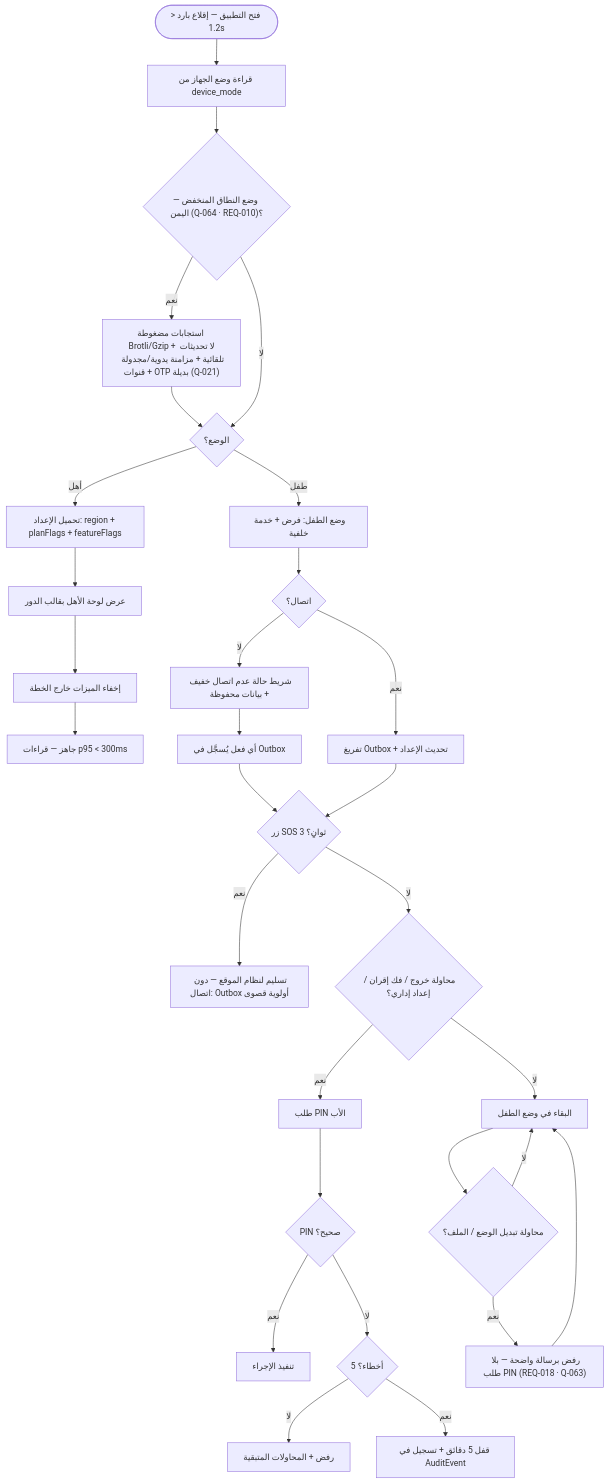
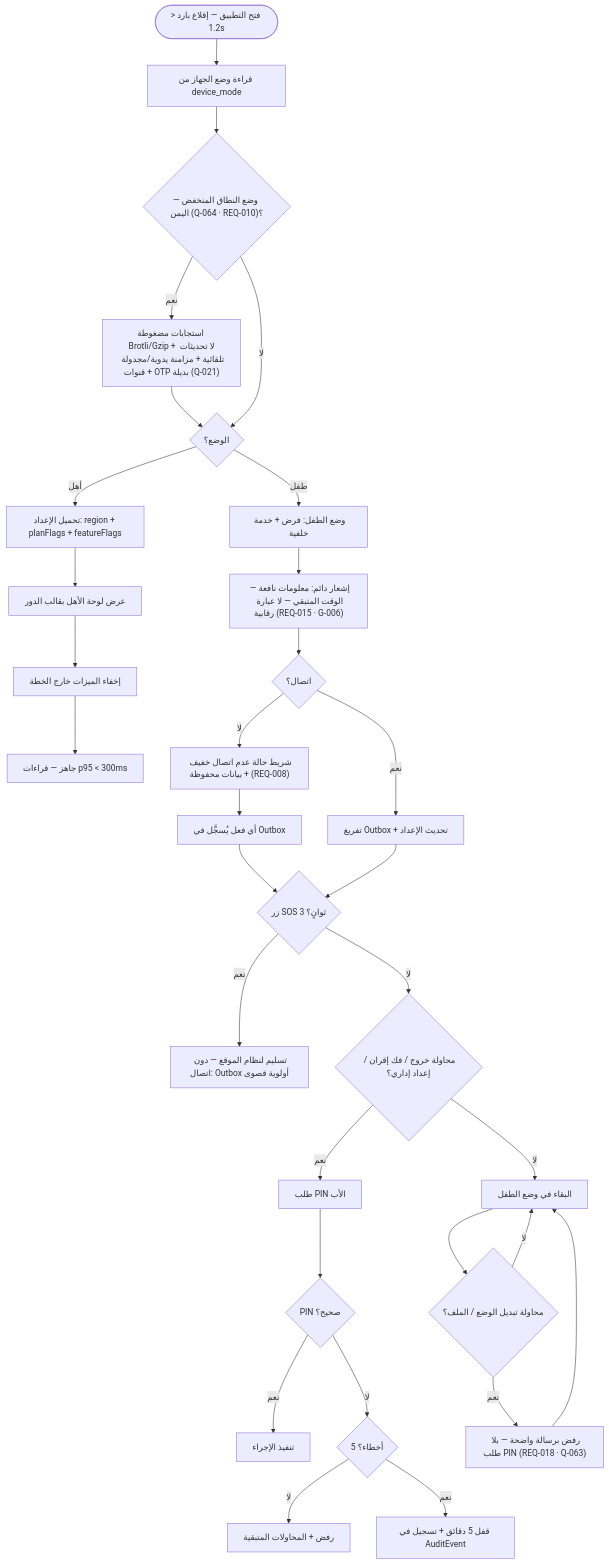
One commit to Bassam-mohammed-alqaeadi/family-os-v2 changed diagram 11 of 13 in docs/family-os/governance/phases/phase-1/S1-01-app-shell-and-platform/DIAGRAMS.md. Above: the diagram before and after it, drawn with Mermaid. The commit also changed other lines of this file and 10 other files, not shown here.

Commit message:
إغلاق المراجعة الشاملة R1–R5 (Q-196…Q-231) — المخططات DIAGRAMS + خريطة السياق (2/4)

````diff
--- a/docs/family-os/governance/phases/phase-1/S1-01-app-shell-and-platform/DIAGRAMS.md
+++ b/docs/family-os/governance/phases/phase-1/S1-01-app-shell-and-platform/DIAGRAMS.md
@@ -262,32 +319,33 @@
 ```mermaid
 flowchart TD
     Start([فتح التطبيق — إقلاع بارد < 1.2s]) --> Read[قراءة وضع الجهاز من device_mode]
     Read --> LowBW{"وضع النطاق المنخفض — اليمن (Q-064 · REQ-010)؟"}
     LowBW -->|نعم| Compress["استجابات مضغوطة Brotli/Gzip + لا تحديثات تلقائية + مزامنة يدوية/مجدولة + قنوات OTP بديلة (Q-021)"]
     Compress --> Mode{الوضع؟}
     LowBW -->|لا| Mode
     Mode -->|أهل| Config[تحميل الإعداد: region + planFlags + featureFlags]
     Config --> Render[عرض لوحة الأهل بقالب الدور]
     Render --> Hide[إخفاء الميزات خارج الخطة]
     Hide --> Ready[جاهز — قراءات p95 < 300ms]
     Mode -->|طفل| Child[وضع الطفل: فرض + خدمة خلفية]
-    Child --> Conn{اتصال؟}
-    Conn -->|لا| Banner[شريط حالة عدم اتصال خفيف + بيانات محفوظة]
+    Child --> Notif["إشعار دائم: معلومات نافعة — الوقت المتبقي — لا عبارة رقابية (REQ-015 · G-006)"]
+    Notif --> Conn{اتصال؟}
+    Conn -->|لا| Banner["شريط حالة عدم اتصال خفيف + بيانات محفوظة (REQ-008)"]
     Banner --> Act[أي فعل يُسجَّل في Outbox]
     Conn -->|نعم| Sync[تفريغ Outbox + تحديث الإعداد]
     Act --> SOS{زر SOS 3 ثوانٍ؟}
     Sync --> SOS
     SOS -->|نعم| Send[تسليم لنظام الموقع — دون اتصال: Outbox أولوية قصوى]
     SOS -->|لا| Exit{محاولة خروج / فك إقران / إعداد إداري؟}
     Exit -->|نعم| Gate[طلب PIN الأب]
     Gate --> Pin{PIN صحيح؟}
     Pin -->|نعم| Allow[تنفيذ الإجراء]
     Pin -->|لا| Count{5 أخطاء؟}
     Count -->|لا| Retry[رفض + المحاولات المتبقية]
     Count -->|نعم| Lock[قفل 5 دقائق + تسجيل في AuditEvent]
     Exit -->|لا| Stay[البقاء في وضع الطفل]
     Stay --> Switch{محاولة تبديل الوضع / الملف؟}
     Switch -->|نعم| Refuse["رفض برسالة واضحة — بلا طلب PIN (REQ-018 · Q-063)"]
     Refuse --> Stay
     Switch -->|لا| Stay
 ```
````
